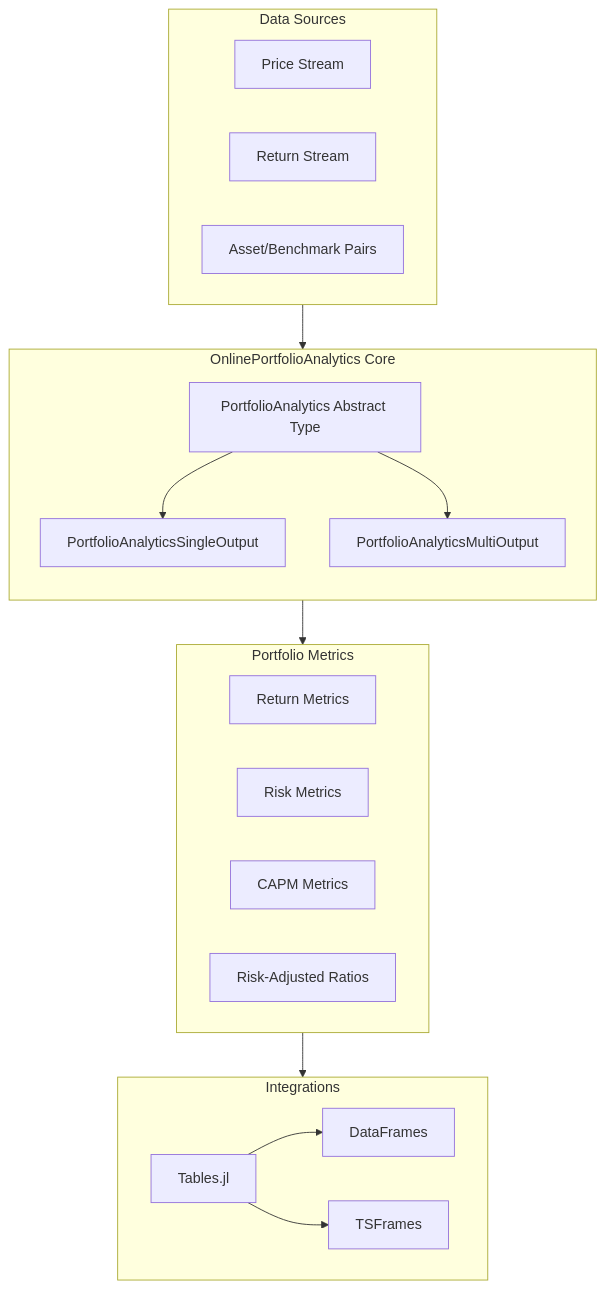
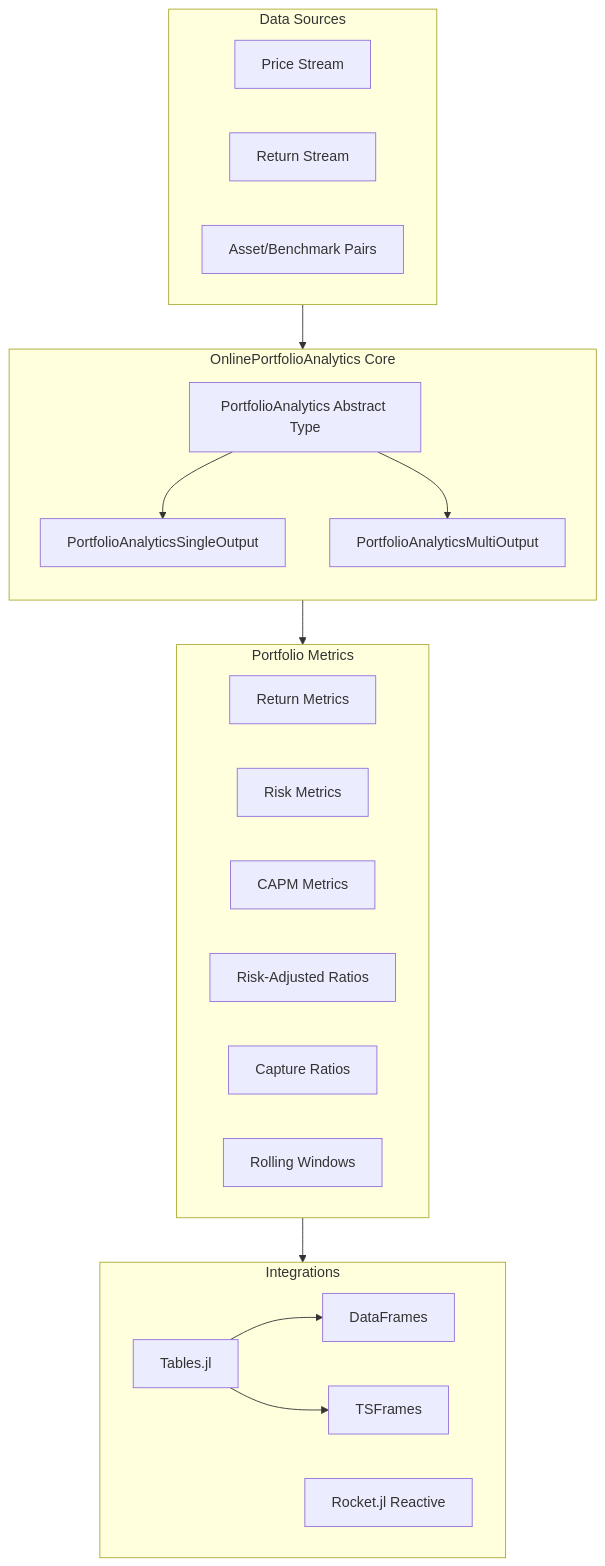
The first of 8 diagrams in WIKI.md (femtotrader/OnlinePortfolioAnalytics.jl), drawn with Mermaid before and after one commit. The commit also changed other lines of this file and 1 other file, not shown here.

````diff
--- a/WIKI.md
+++ b/WIKI.md
@@ -63,39 +65,42 @@
 ```mermaid
 flowchart TB
     subgraph Input["Data Sources"]
         PRICES[Price Stream]
         RETURNS[Return Stream]
         PAIRED[Asset/Benchmark Pairs]
     end
 
     subgraph Core["OnlinePortfolioAnalytics Core"]
         direction TB
         BASE[PortfolioAnalytics Abstract Type]
         SINGLE[PortfolioAnalyticsSingleOutput]
         MULTI[PortfolioAnalyticsMultiOutput]
 
         BASE --> SINGLE
         BASE --> MULTI
     end
 
     subgraph Metrics["Portfolio Metrics"]
         direction LR
         RET[Return Metrics]
         RISK[Risk Metrics]
         CAPM[CAPM Metrics]
         RATIO[Risk-Adjusted Ratios]
+        CAPTURE[Capture Ratios]
+        ROLLING[Rolling Windows]
     end
 
     subgraph Integration["Integrations"]
         TABLES[Tables.jl]
         DF[DataFrames]
         TSF[TSFrames]
+        ROCKET[Rocket.jl Reactive]
     end
 
     Input --> Core
     Core --> Metrics
     Metrics --> Integration
 
     TABLES --> DF
     TABLES --> TSF
 ```
````
